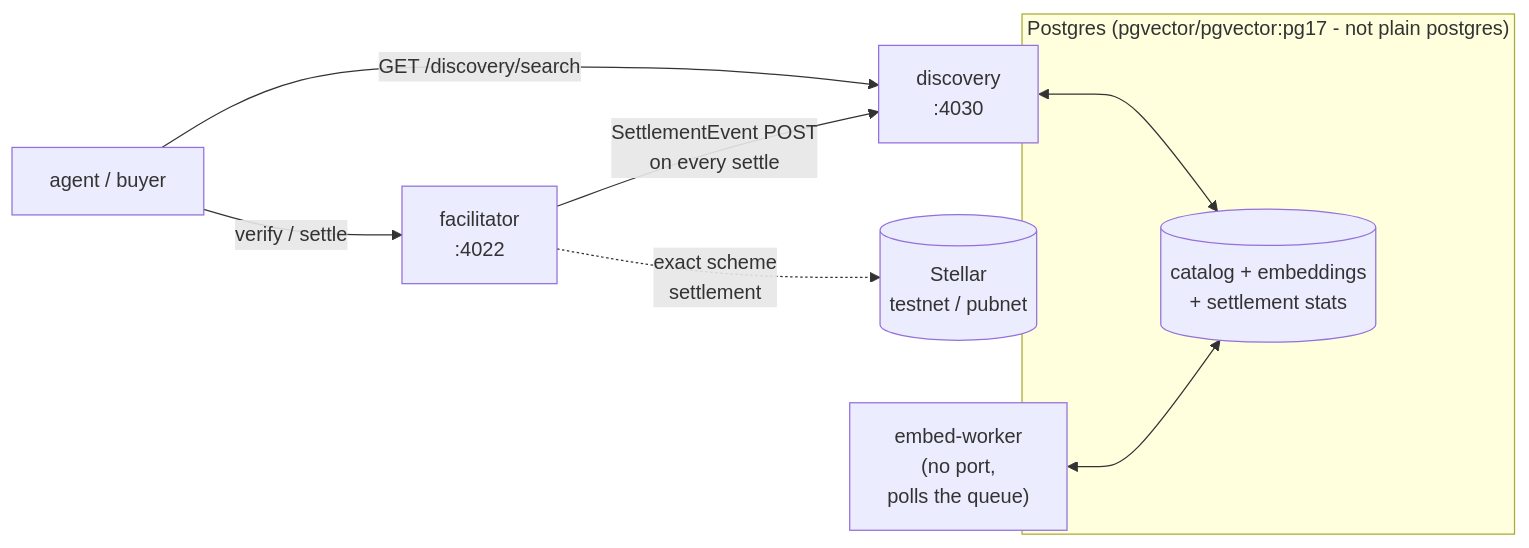
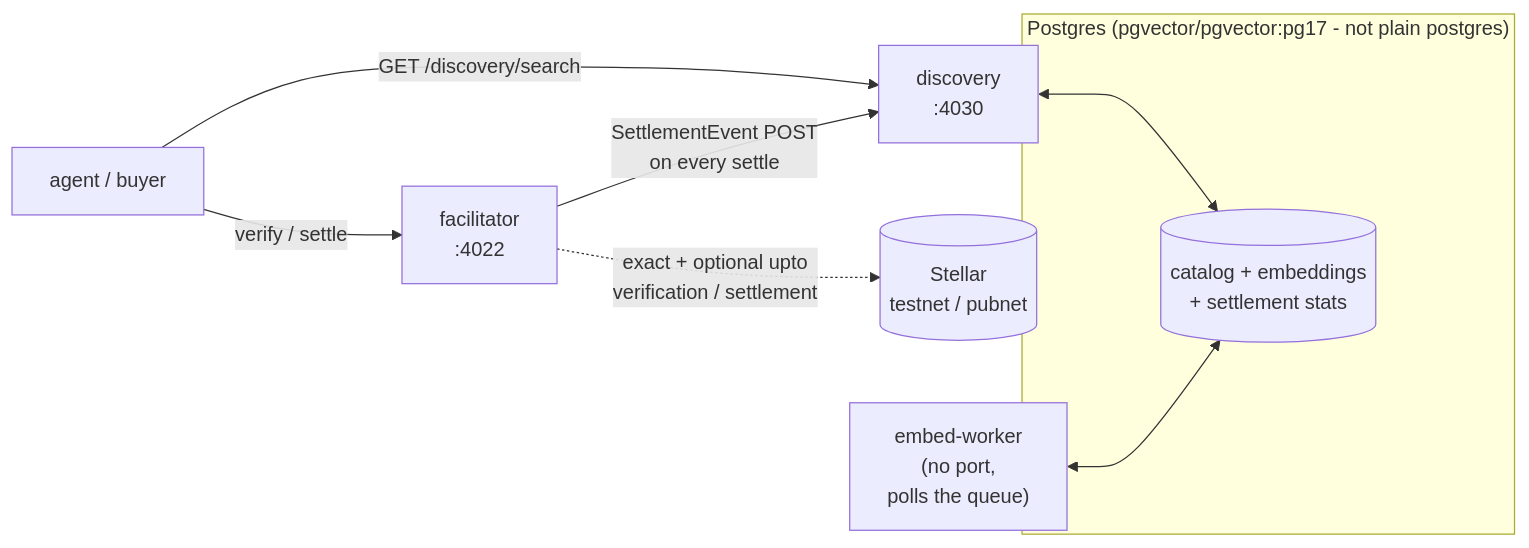
Before and after one commit to 0d1026/Rialto: the diagram in docs/guides/operator-guide.md, drawn with Mermaid. The commit also changed other lines of this file and 19 other files, not shown here.

Commit message:
feat(facilitator): add Stellar upto payment scheme support

````diff
--- a/docs/guides/operator-guide.md
+++ b/docs/guides/operator-guide.md
@@ -10,12 +10,12 @@
 ```mermaid
 flowchart LR
     subgraph PG["Postgres (pgvector/pgvector:pg17 - not plain postgres)"]
         DB[("catalog + embeddings<br/>+ settlement stats")]
     end
     F["facilitator<br/>:4022"] -->|SettlementEvent POST<br/>on every settle| D
-    F -.->|exact scheme<br/>settlement| STELLAR[("Stellar<br/>testnet / pubnet")]
+    F -.->|exact + optional upto<br/>verification / settlement| STELLAR[("Stellar<br/>testnet / pubnet")]
     D["discovery<br/>:4030"] <--> DB
     W["embed-worker<br/>(no port,<br/>polls the queue)"] <--> DB
     CLIENT["agent / buyer"] -->|GET /discovery/search| D
     CLIENT -->|verify / settle| F
 ```
````
